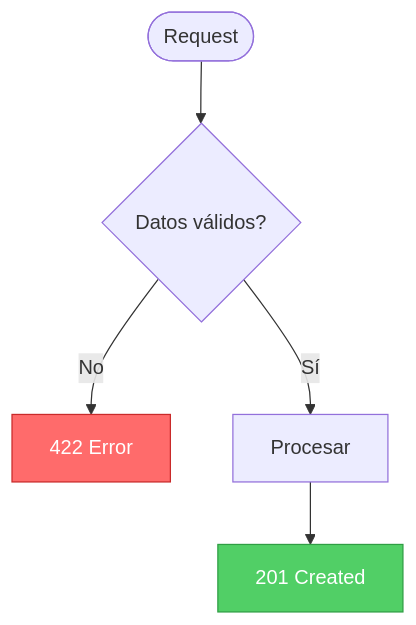
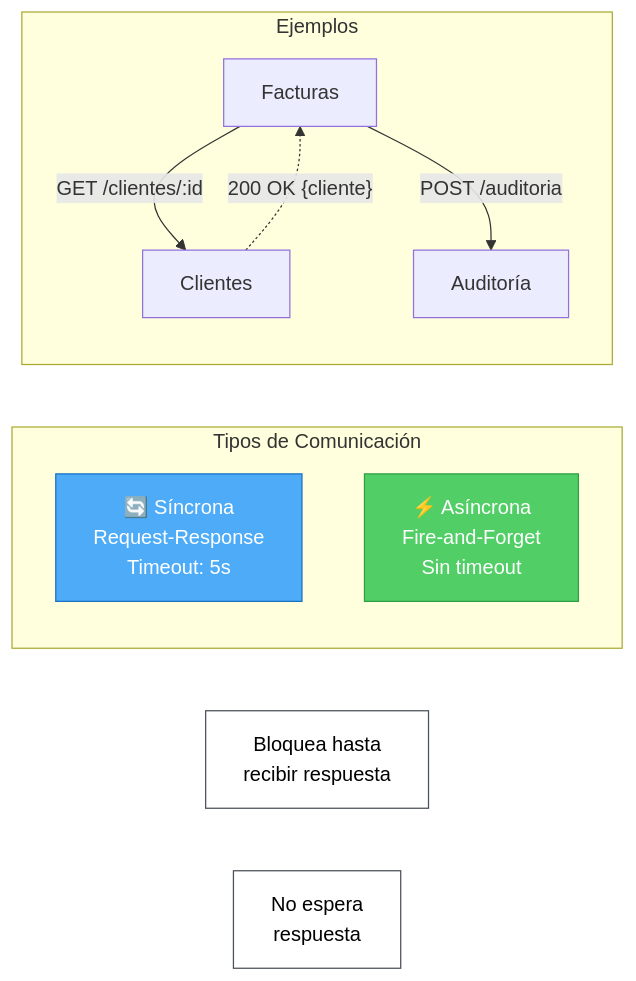
Before and after one commit to Asimpl3-Hero/RubyDoubleV: the fourth of 4 diagrams in docs/DIAGRAMAS.md, drawn with Mermaid. The commit also changed other lines of this file and 2 other files, not shown here.

````diff
--- a/docs/DIAGRAMAS.md
+++ b/docs/DIAGRAMAS.md
@@ -71,10 +156,26 @@
 ```mermaid
-flowchart TD
-    Start([Request]) --> Validate{Datos válidos?}
-    Validate -->|No| Error[422 Error]
-    Validate -->|Sí| Process[Procesar]
-    Process --> Success[201 Created]
+graph LR
+    subgraph "Tipos de Comunicación"
+        SYNC[🔄 Síncrona<br/>Request-Response<br/>Timeout: 5s]
+        ASYNC[⚡ Asíncrona<br/>Fire-and-Forget<br/>Sin timeout]
+    end
 
-    style Success fill:#51cf66,stroke:#2f9e44,color:#fff
-    style Error fill:#ff6b6b,stroke:#c92a2a,color:#fff
+    subgraph "Ejemplos"
+        F[Facturas]
+        C[Clientes]
+        A[Auditoría]
+    end
+
+    F -->|GET /clientes/:id| C
+    C -.->|"200 OK {cliente}"| F
+
+    F -->|POST /auditoria| A
+
+    Note1[Bloquea hasta<br/>recibir respuesta]
+    Note2[No espera<br/>respuesta]
+
+    style SYNC fill:#4dabf7,stroke:#1971c2,color:#fff
+    style ASYNC fill:#51cf66,stroke:#2f9e44,color:#fff
+    style Note1 fill:#fff,stroke:#495057,color:#000
+    style Note2 fill:#fff,stroke:#495057,color:#000
 ```
````
